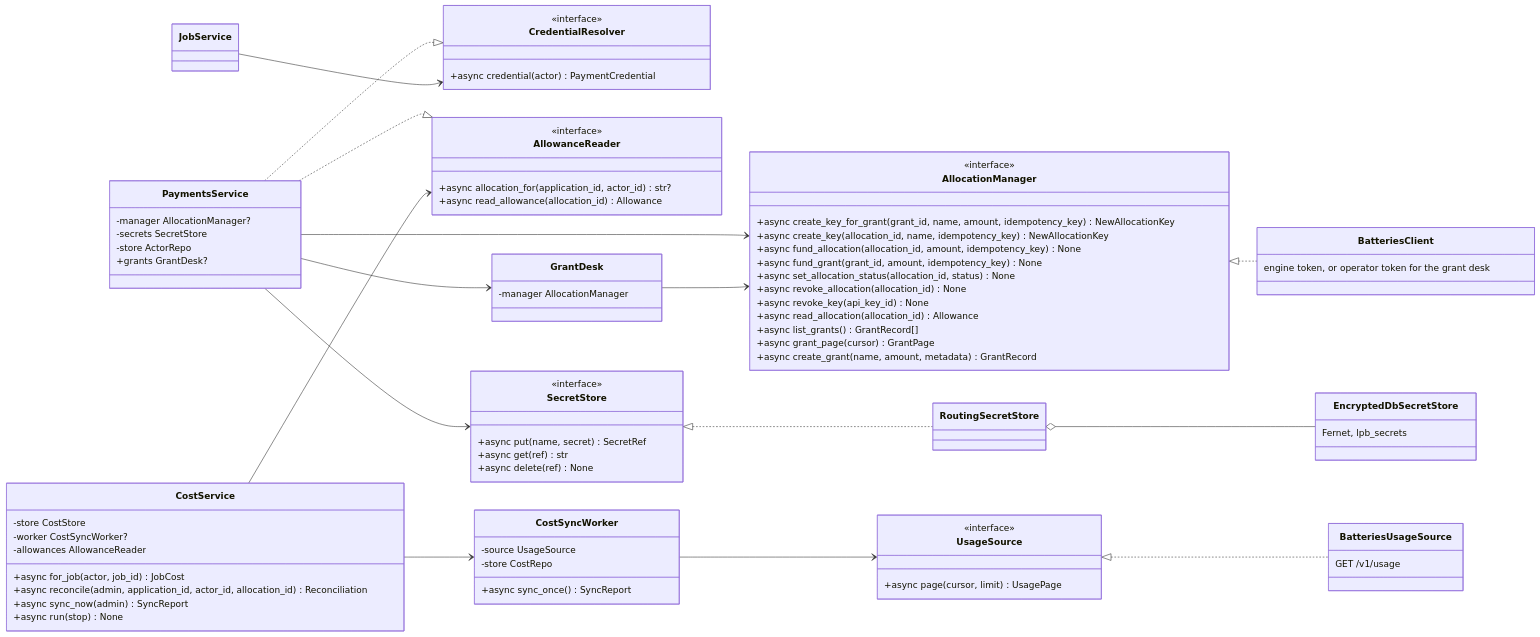
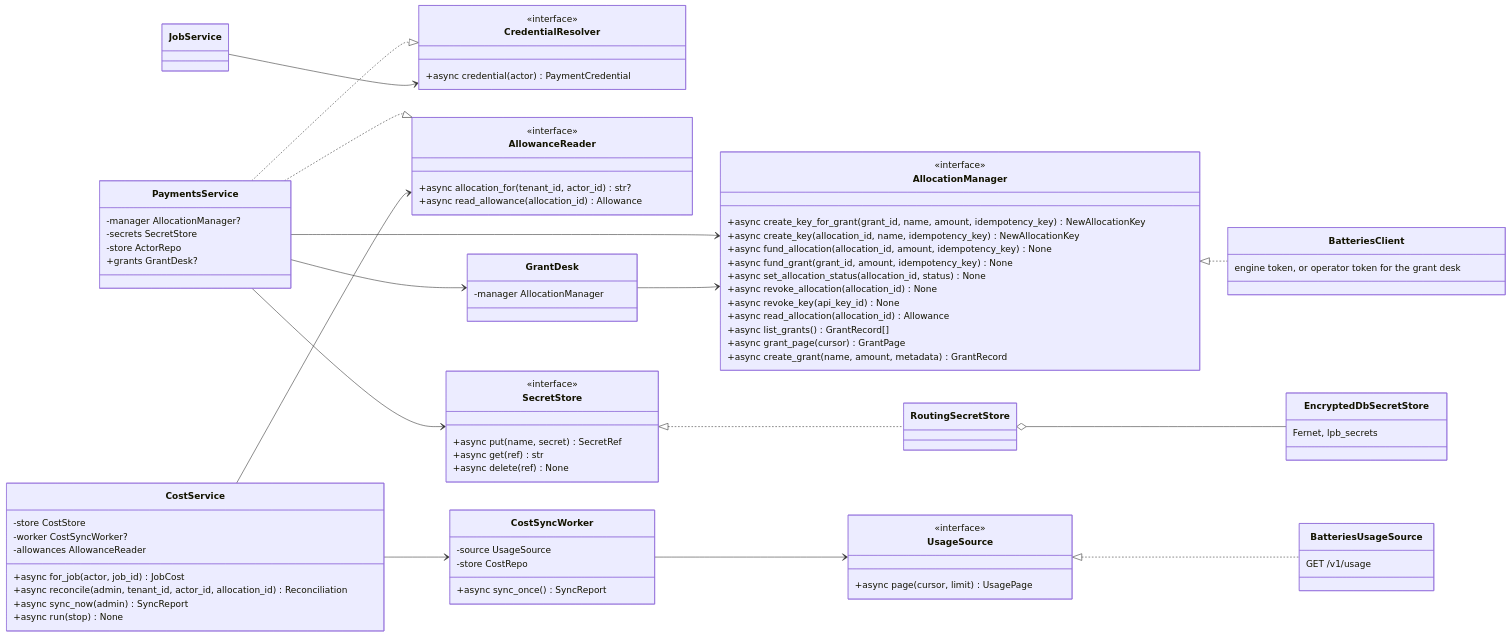
One commit to NE-Build-Track/livepeer-builder-core changed the fifth of 16 diagrams in docs/design-docs/interfaces-and-http-servers.md. Above: the diagram before and after it, drawn with Mermaid. The commit also changed other lines of this file and 113 other files, not shown here.

First line of the commit message:
refactor(api)!: application_id becomes tenant_id, in records too (#163)

```diff
--- a/docs/design-docs/interfaces-and-http-servers.md
+++ b/docs/design-docs/interfaces-and-http-servers.md
@@ -344,7 +344,7 @@
     }
     class AllowanceReader {
         <<interface>>
-        +async allocation_for(application_id, actor_id) str?
+        +async allocation_for(tenant_id, actor_id) str?
         +async read_allowance(allocation_id) Allowance
     }
     class AllocationManager {
@@ -385,7 +385,7 @@
         -worker CostSyncWorker?
         -allowances AllowanceReader
         +async for_job(actor, job_id) JobCost
-        +async reconcile(admin, application_id, actor_id, allocation_id) Reconciliation
+        +async reconcile(admin, tenant_id, actor_id, allocation_id) Reconciliation
         +async sync_now(admin) SyncReport
         +async run(stop) None
     }
```
